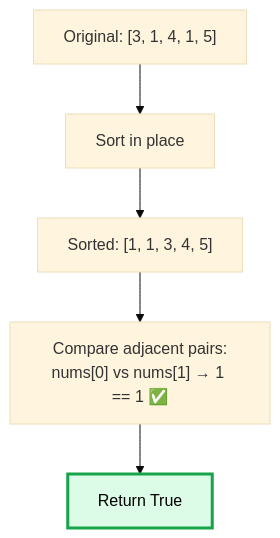
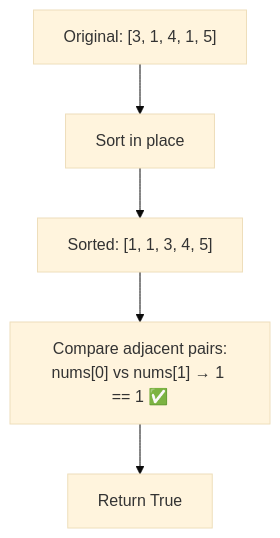
The seventh of 13 diagrams in 02 - Contains Duplicate/README.md (M-F-Tushar/LeetCode-Problem-Solving), drawn with Mermaid (base theme) before and after one commit. The commit also changed other lines of this file and 6 other files, not shown here.

Commit message:
added 06 - Is Subsequence, 07 - Longest Consecutive Sequence

````diff
--- a/02 - Contains Duplicate/README.md
+++ b/02 - Contains Duplicate/README.md
@@ -203,9 +198,8 @@
 ```mermaid
 flowchart TD
     A["Original: [3, 1, 4, 1, 5]"] --> B["Sort in place"]
     B --> C["Sorted: [1, 1, 3, 4, 5]"]
     C --> D["Compare adjacent pairs:\nnums[0] vs nums[1] → 1 == 1 ✅"]
     D --> E["Return True"]
 
-    style E fill:#dcfce7,stroke:#16a34a,stroke-width:3px,color:#000000
 ```
````
